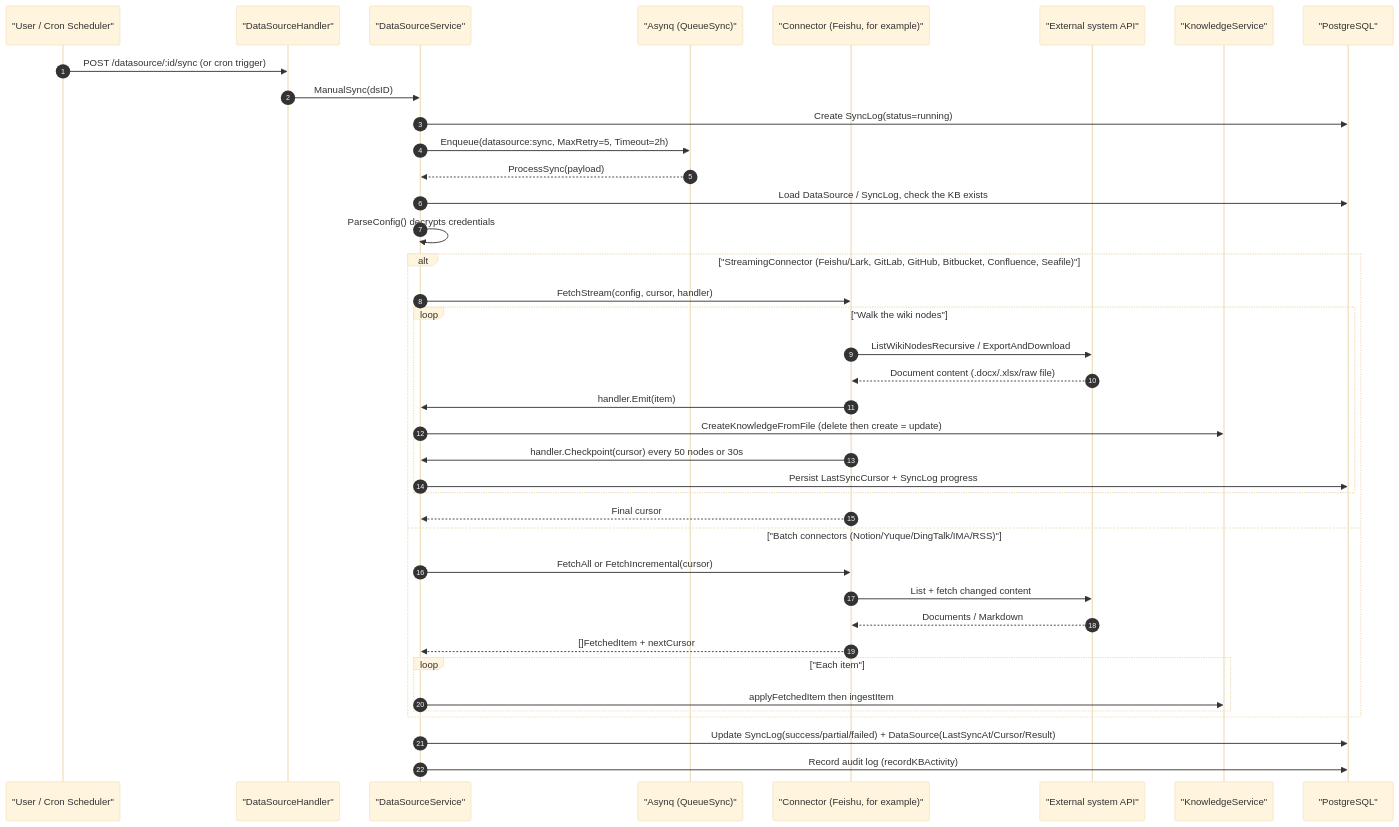
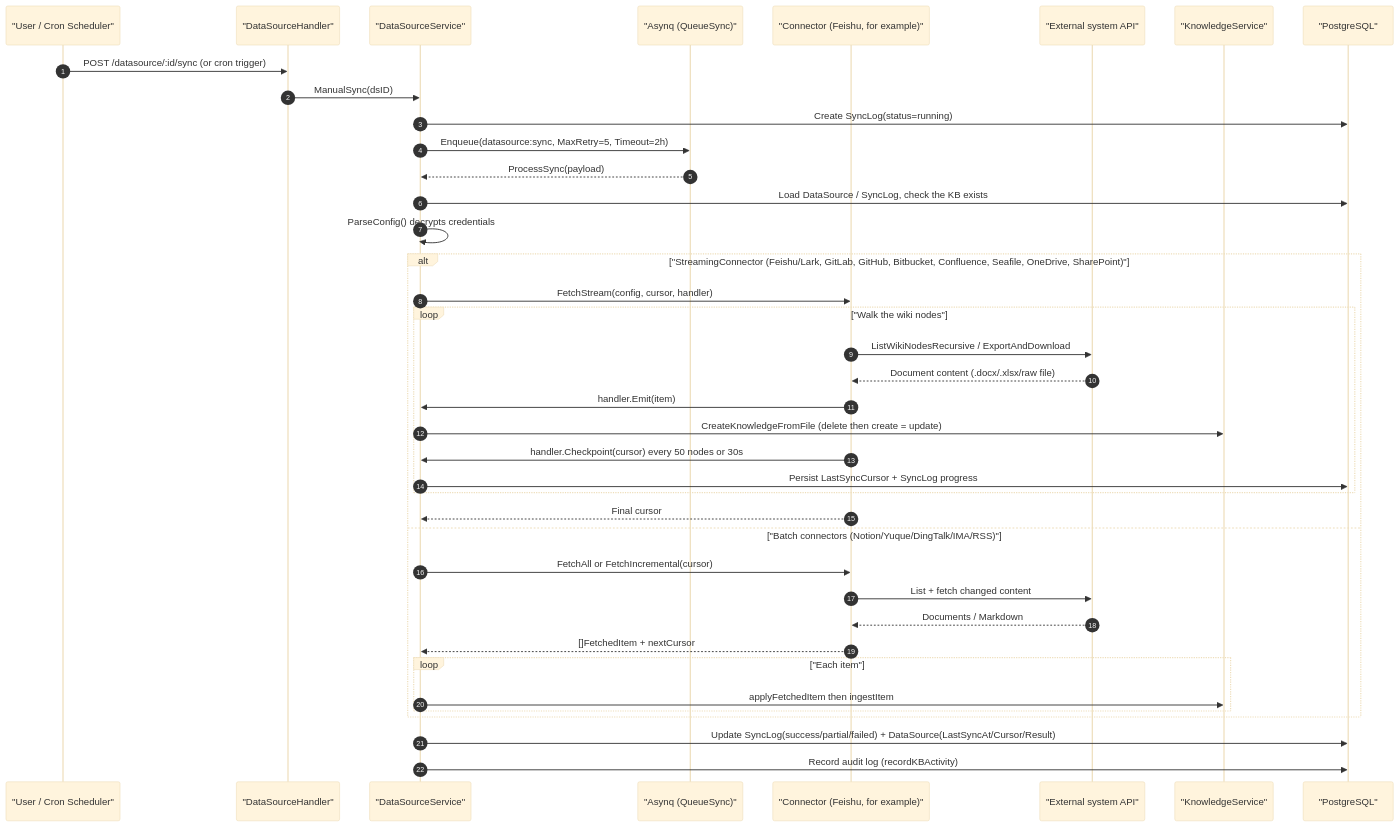
Before and after one commit to jrmatherly/ai-kb: the second of 2 diagrams in website-docs/03-features/10-datasource.md, drawn with Mermaid (base theme). The commit also changed other lines of this file and 11 other files, not shown here.

Commit message:
docs(datasource): document the OneDrive and SharePoint connectors

````diff
--- a/website-docs/03-features/10-datasource.md
+++ b/website-docs/03-features/10-datasource.md
@@ -316,42 +335,42 @@
 ```mermaid
 sequenceDiagram
     autonumber
     participant U as "User / Cron Scheduler"
     participant H as "DataSourceHandler"
     participant S as "DataSourceService"
     participant Q as "Asynq (QueueSync)"
     participant C as "Connector (Feishu, for example)"
     participant EXT as "External system API"
     participant K as "KnowledgeService"
     participant DB as "PostgreSQL"
 
     U->>H: POST /datasource/:id/sync (or cron trigger)
     H->>S: ManualSync(dsID)
     S->>DB: Create SyncLog(status=running)
     S->>Q: Enqueue(datasource:sync, MaxRetry=5, Timeout=2h)
     Q-->>S: ProcessSync(payload)
     S->>DB: Load DataSource / SyncLog, check the KB exists
     S->>S: ParseConfig() decrypts credentials
-    alt "StreamingConnector (Feishu/Lark, GitLab, GitHub, Bitbucket, Confluence, Seafile)"
+    alt "StreamingConnector (Feishu/Lark, GitLab, GitHub, Bitbucket, Confluence, Seafile, OneDrive, SharePoint)"
         S->>C: FetchStream(config, cursor, handler)
         loop "Walk the wiki nodes"
             C->>EXT: ListWikiNodesRecursive / ExportAndDownload
             EXT-->>C: Document content (.docx/.xlsx/raw file)
             C->>S: handler.Emit(item)
             S->>K: CreateKnowledgeFromFile (delete then create = update)
             C->>S: handler.Checkpoint(cursor) every 50 nodes or 30s
             S->>DB: Persist LastSyncCursor + SyncLog progress
         end
         C-->>S: Final cursor
     else "Batch connectors (Notion/Yuque/DingTalk/IMA/RSS)"
         S->>C: FetchAll or FetchIncremental(cursor)
         C->>EXT: List + fetch changed content
         EXT-->>C: Documents / Markdown
         C-->>S: []FetchedItem + nextCursor
         loop "Each item"
             S->>K: applyFetchedItem then ingestItem
         end
     end
     S->>DB: Update SyncLog(success/partial/failed) + DataSource(LastSyncAt/Cursor/Result)
     S->>DB: Record audit log (recordKBActivity)
 ```
````
